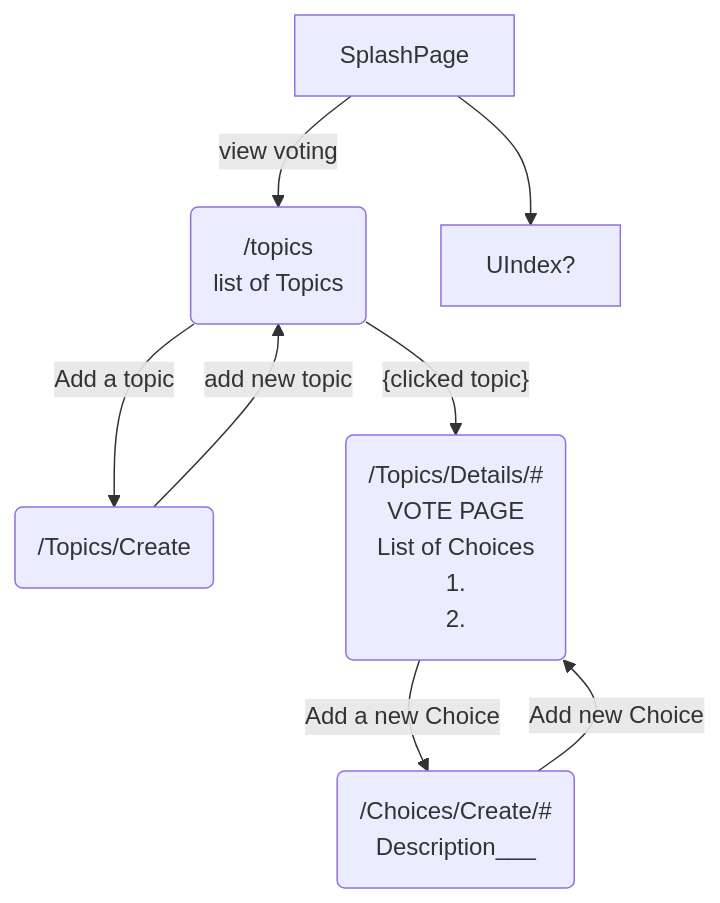
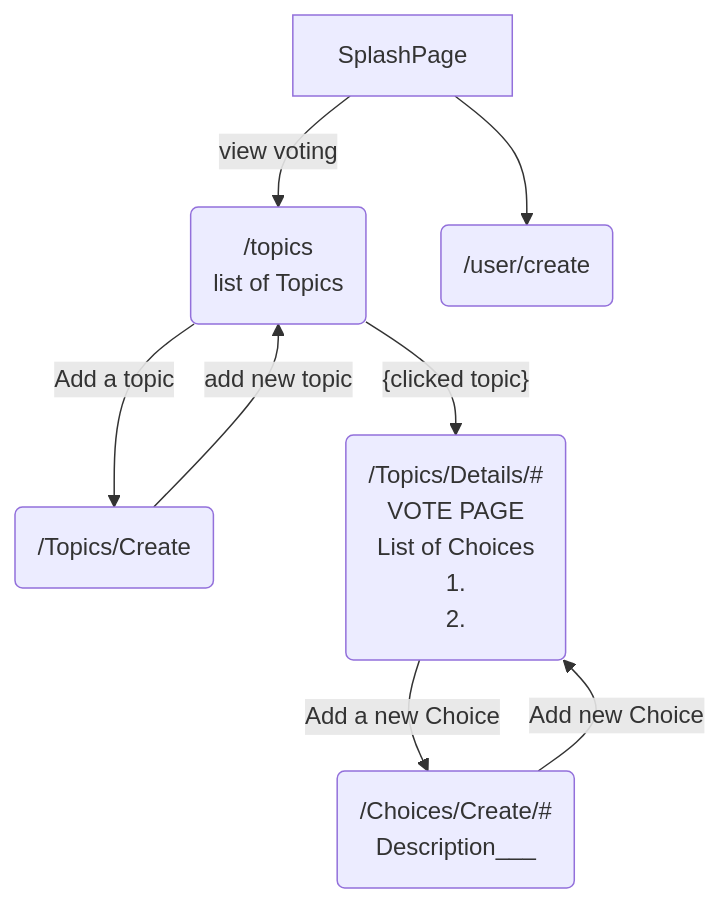
The diagram in README.md (John-Dig/WizeVote), drawn with Mermaid before and after one commit.

Commit message:
playing with mermaids

````diff
--- a/README.md
+++ b/README.md
@@ -2,7 +2,7 @@
 ```mermaid
 flowchart TB
 SplashPage--view voting-->Topics("/topics"<br>list of Topics)--Add a topic-->TopicsCreate("/Topics/Create")--add new topic-->Topics
 Topics--"{clicked topic}"-->TDetails("/Topics/Details/#"<br>VOTE PAGE<br>List of Choices <br>1.<br>2.)
 TDetails--Add a new Choice-->CCreate("/Choices/Create/#"<br>Description___)--Add new Choice-->TDetails
-SplashPage-->UIndex?
+SplashPage-->UserCreate(/user/create<br>)
 ```
````
